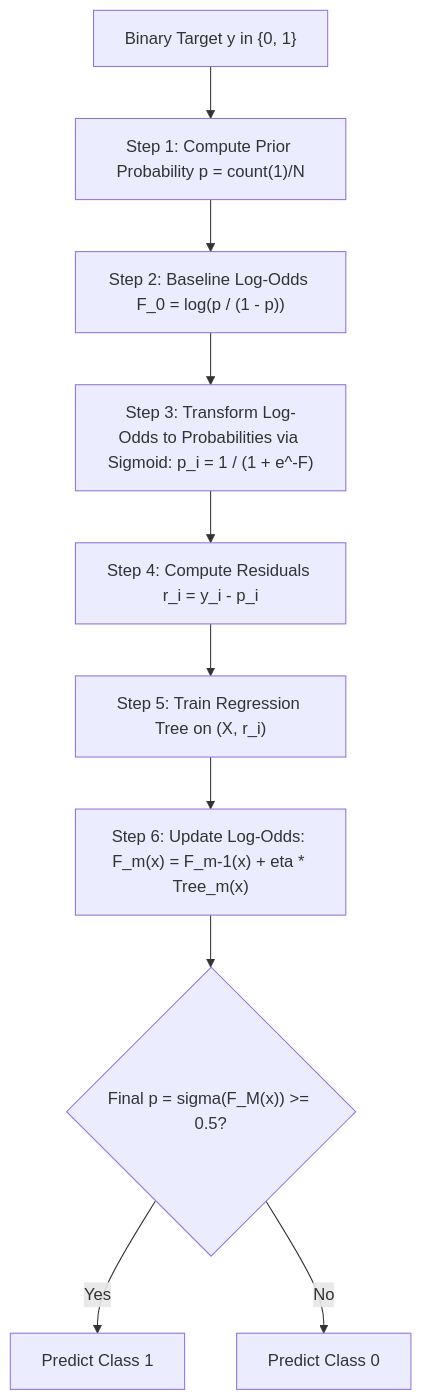
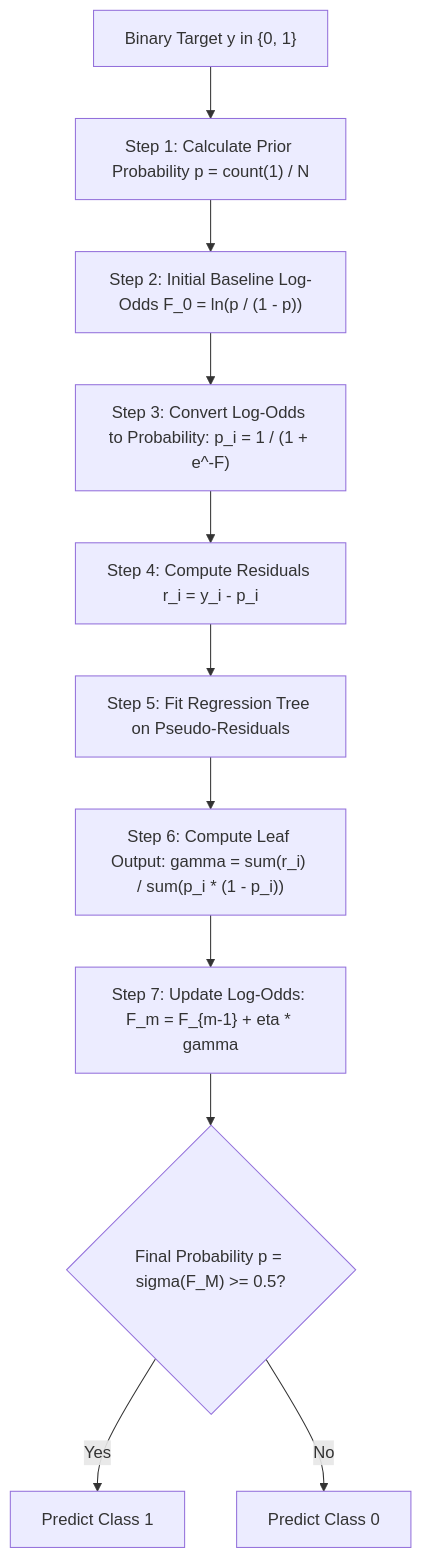
Before and after one commit to S1h2i3v4a/AI_ML: the diagram in lecture_30/Notes_30.02/README_HINGLISH.md, drawn with Mermaid. The commit also changed other lines of this file and 57 other files, not shown here.

````diff
--- a/lecture_30/Notes_30.02/README_HINGLISH.md
+++ b/lecture_30/Notes_30.02/README_HINGLISH.md
@@ -42,12 +49,13 @@
 ```mermaid
 flowchart TD
-    A["Binary Target y in {0, 1}"] --> B["Step 1: Compute Prior Probability p = count(1)/N"]
-    B --> C["Step 2: Baseline Log-Odds F_0 = log(p / (1 - p))"]
-    C --> D["Step 3: Transform Log-Odds to Probabilities via Sigmoid: p_i = 1 / (1 + e^-F)"]
+    A["Binary Target y in {0, 1}"] --> B["Step 1: Calculate Prior Probability p = count(1) / N"]
+    B --> C["Step 2: Initial Baseline Log-Odds F_0 = ln(p / (1 - p))"]
+    C --> D["Step 3: Convert Log-Odds to Probability: p_i = 1 / (1 + e^-F)"]
     D --> E["Step 4: Compute Residuals r_i = y_i - p_i"]
-    E --> F["Step 5: Train Regression Tree on (X, r_i)"]
-    F --> G["Step 6: Update Log-Odds: F_m(x) = F_m-1(x) + eta * Tree_m(x)"]
-    G --> H{"Final p = sigma(F_M(x)) >= 0.5?"}
-    H -->|"Yes"| Y1["Predict Class 1"]
-    H -->|"No"| Y0["Predict Class 0"]
+    E --> F["Step 5: Fit Regression Tree on Pseudo-Residuals"]
+    F --> G["Step 6: Compute Leaf Output: gamma = sum(r_i) / sum(p_i * (1 - p_i))"]
+    G --> H["Step 7: Update Log-Odds: F_m = F_{m-1} + eta * gamma"]
+    H --> I{"Final Probability p = sigma(F_M) >= 0.5?"}
+    I -->|"Yes"| J1["Predict Class 1"]
+    I -->|"No"| J0["Predict Class 0"]
 ```
````
